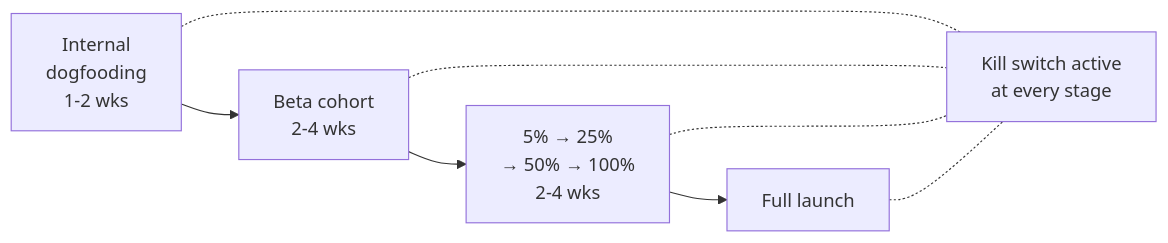
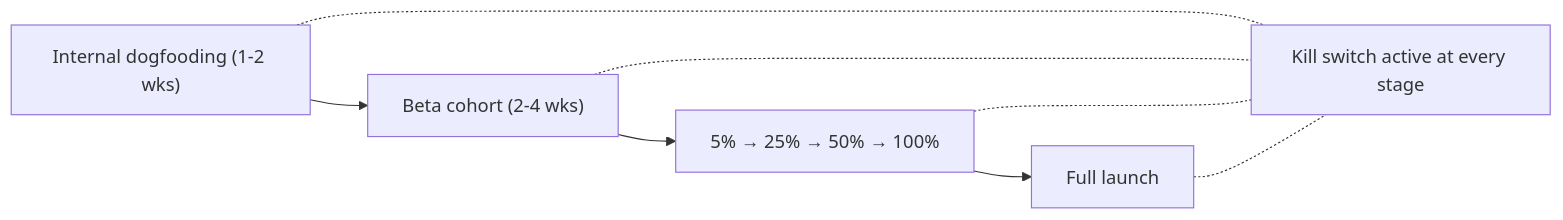
The first of 2 diagrams in module-20-production-readiness-operations.md (mjac-yue/ai-architecture-for-pms), drawn with Mermaid before and after one commit. The commit also changed other lines of this file and 15 other files, not shown here.

First line of the commit message:
Remove HTML tags from Mermaid node labels for Obsidian compatibility

````diff
--- a/module-20-production-readiness-operations.md
+++ b/module-20-production-readiness-operations.md
@@ -70,8 +70,8 @@
 ```mermaid
 flowchart LR
-    A["Internal<br>dogfooding<br>1-2 wks"] --> B["Beta cohort<br>2-4 wks"] --> C["5% → 25%<br>→ 50% → 100%<br>2-4 wks"] --> D["Full launch"]
-    A -.- K["Kill switch active<br>at every stage"]
+    A["Internal dogfooding (1-2 wks)"] --> B["Beta cohort (2-4 wks)"] --> C["5% → 25% → 50% → 100%"] --> D["Full launch"]
+    A -.- K["Kill switch active at every stage"]
     B -.- K
     C -.- K
     D -.- K
 ```
````
